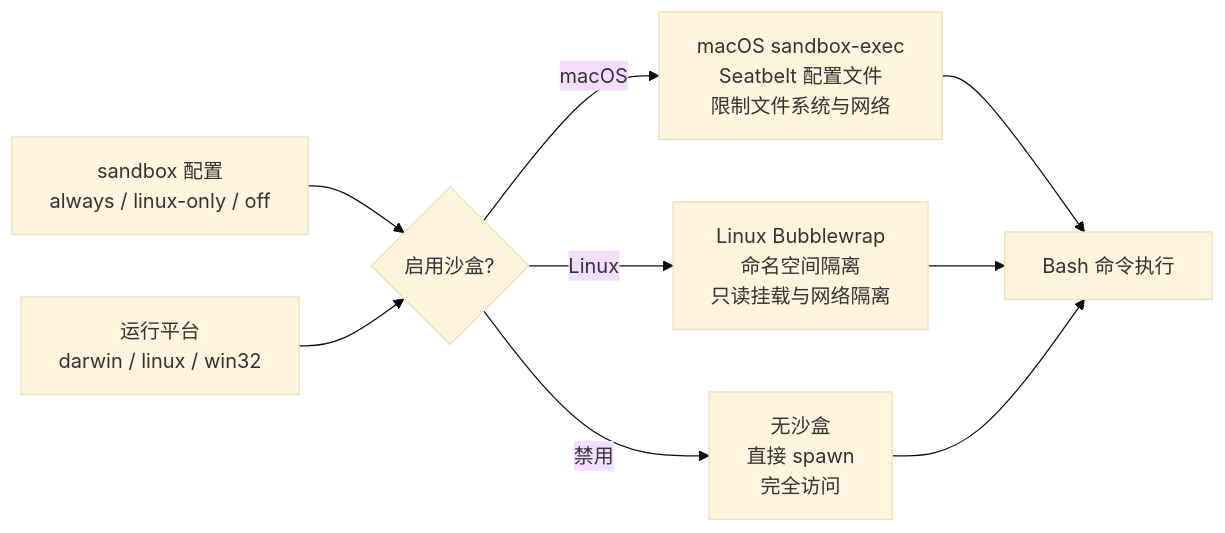
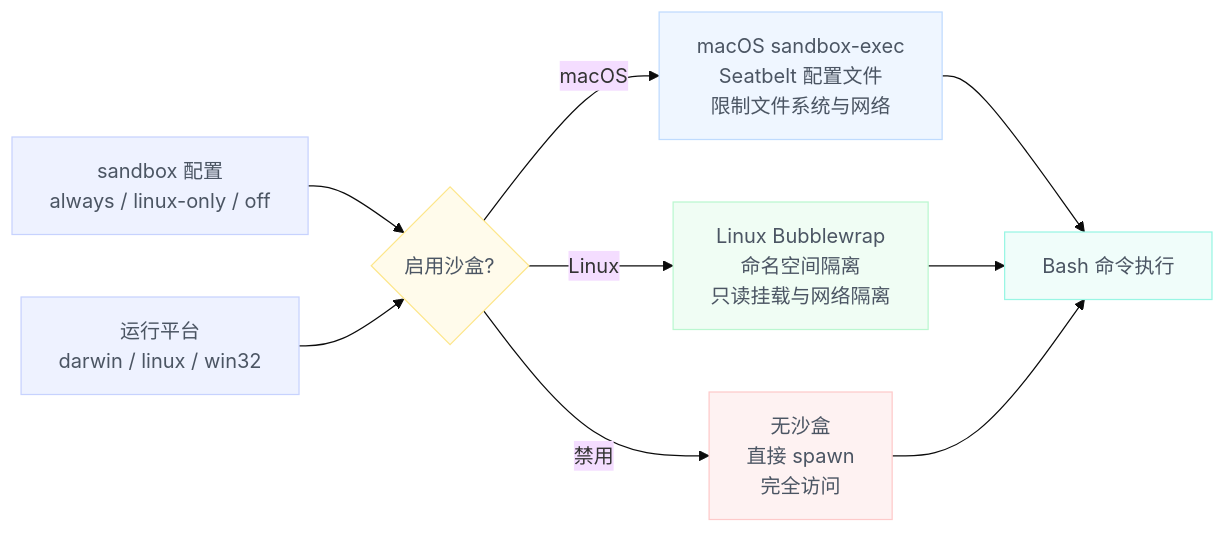
One commit to shenh10/shenh10.github.io changed the fifth of 6 diagrams in docs/projects/claude-code/02_architecture.md. Above: the diagram before and after it, drawn with Mermaid (base theme). The commit also changed other lines of this file and 12 other files, not shown here.

````diff
--- a/docs/projects/claude-code/02_architecture.md
+++ b/docs/projects/claude-code/02_architecture.md
@@ -602,15 +607,23 @@
 ```mermaid
 graph LR
     Config["sandbox 配置\nalways / linux-only / off"]
     Platform["运行平台\ndarwin / linux / win32"]
     Config --> Decision{"启用沙盒?"}
     Platform --> Decision
 
     Decision -->|macOS| MacSandbox["macOS sandbox-exec\nSeatbelt 配置文件\n限制文件系统与网络"]
     Decision -->|Linux| LinuxSandbox["Linux Bubblewrap\n命名空间隔离\n只读挂载与网络隔离"]
     Decision -->|禁用| NoSandbox["无沙盒\n直接 spawn\n完全访问"]
 
     MacSandbox --> BashExec["Bash 命令执行"]
     LinuxSandbox --> BashExec
     NoSandbox --> BashExec
+
+    style Config fill:#eef2ff,stroke:#c7d2fe,color:#4b5563
+    style Platform fill:#eef2ff,stroke:#c7d2fe,color:#4b5563
+    style Decision fill:#fffbeb,stroke:#fde68a,color:#4b5563
+    style MacSandbox fill:#eff6ff,stroke:#bfdbfe,color:#4b5563
+    style LinuxSandbox fill:#f0fdf4,stroke:#bbf7d0,color:#4b5563
+    style NoSandbox fill:#fef2f2,stroke:#fecaca,color:#4b5563
+    style BashExec fill:#f0fdfa,stroke:#99f6e4,color:#4b5563
 ```
````
